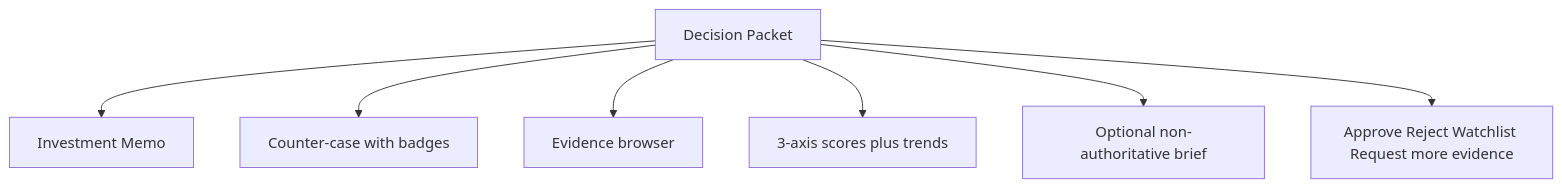
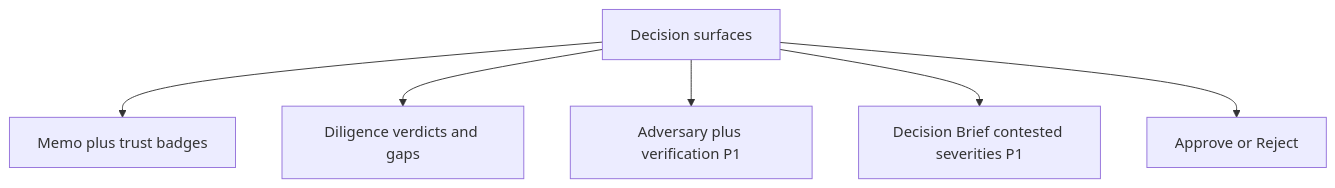
Before and after one commit to YagizSeymen/testtry: the seventh of 8 diagrams in Plan.md, drawn with Mermaid. The commit also changed other lines of this file, not shown here.

````diff
--- a/Plan.md
+++ b/Plan.md
@@ -258,17 +260,15 @@
 ```mermaid
 flowchart TB
-  Packet[Decision Packet]
-  MemoView[Investment Memo]
-  CounterView[Counter-case with badges]
-  EvidenceView[Evidence browser]
-  Scores[3-axis scores plus trends]
-  BriefView[Optional non-authoritative brief]
-  Actions[Approve Reject Watchlist Request more evidence]
+  Packet[Decision surfaces]
+  MemoView[Memo plus trust badges]
+  DiligenceView[Diligence verdicts and gaps]
+  CounterView[Adversary plus verification P1]
+  BriefView[Decision Brief contested severities P1]
+  Actions[Approve or Reject]
 
   Packet --> MemoView
+  Packet --> DiligenceView
   Packet --> CounterView
-  Packet --> EvidenceView
-  Packet --> Scores
   Packet --> BriefView
   Packet --> Actions
 ```
````
